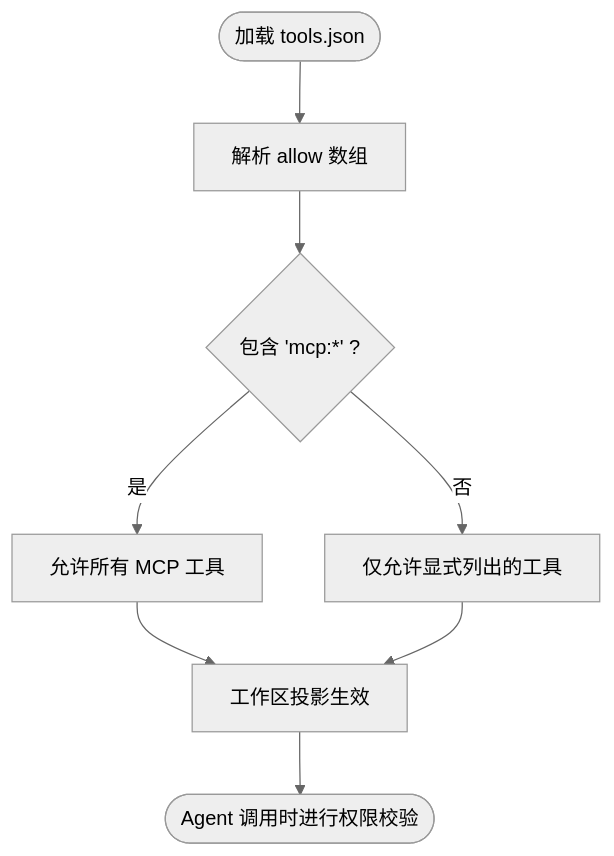
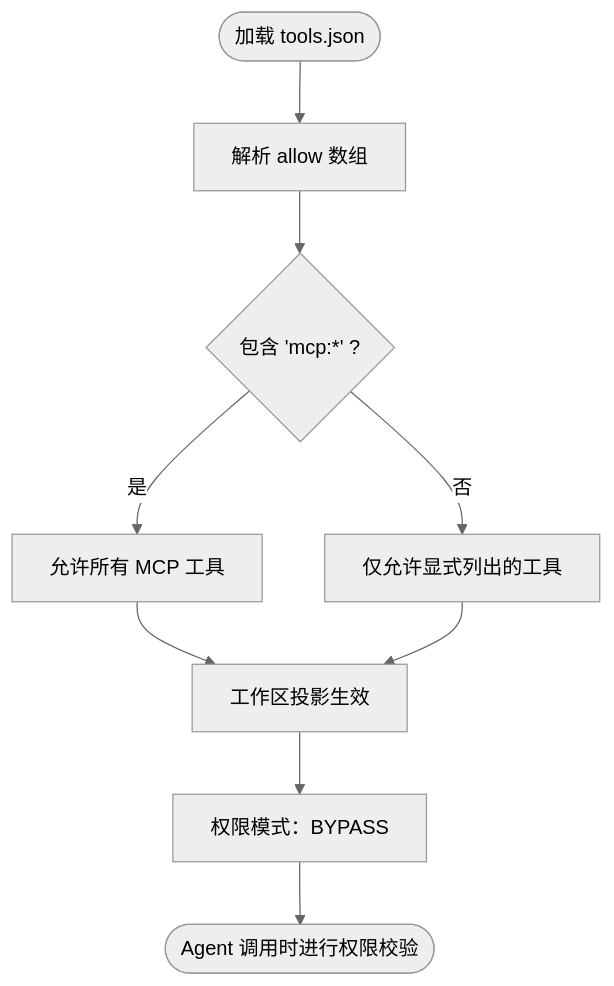
One commit to mengqiang81/agentic changed the fifth of 10 diagrams in .qoder/repowiki/zh/content/配置管理/MCP 工具配置.md. Above: the diagram before and after it, drawn with Mermaid (neutral theme). The commit also changed other lines of this file and 29 other files, not shown here.

````diff
--- a/.qoder/repowiki/zh/content/配置管理/MCP 工具配置.md
+++ b/.qoder/repowiki/zh/content/配置管理/MCP 工具配置.md
@@ -211,10 +235,11 @@
 ```mermaid
 flowchart TD
 Start(["加载 tools.json"]) --> Parse["解析 allow 数组"]
 Parse --> Wildcard{"包含 'mcp:*' ?"}
 Wildcard --> |是| AllowAll["允许所有 MCP 工具"]
 Wildcard --> |否| AllowList["仅允许显式列出的工具"]
 AllowAll --> Mount["工作区投影生效"]
 AllowList --> Mount
-Mount --> End(["Agent 调用时进行权限校验"])
+Mount --> Mode["权限模式：BYPASS"]
+Mode --> End(["Agent 调用时进行权限校验"])
 ```
````
